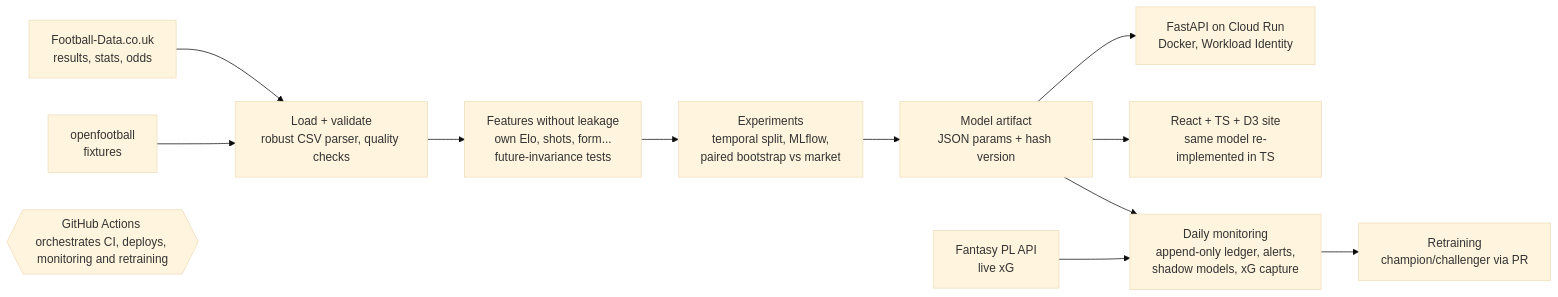
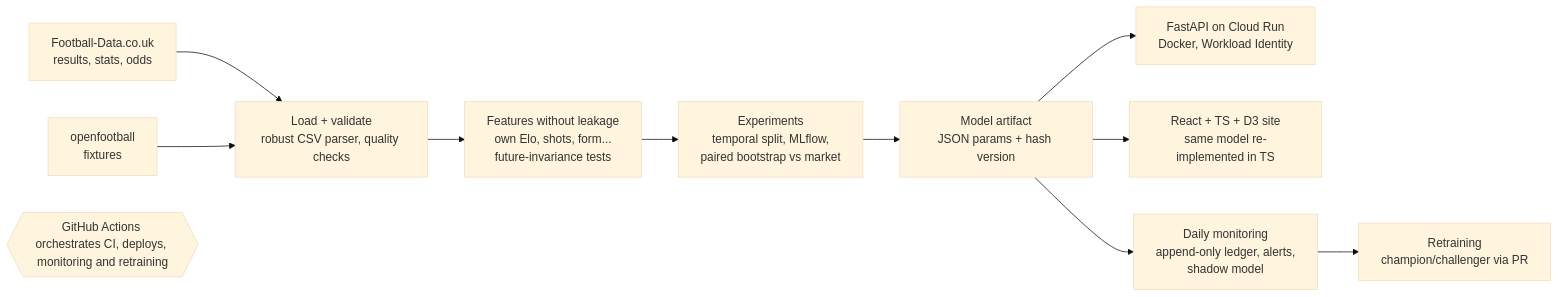
One commit to IgnacioGil23/futbol-predict changed the diagram in README.md. Above: the diagram before and after it, drawn with Mermaid (base theme). The commit also changed other lines of this file and 39 other files, not shown here.

````diff
--- a/README.md
+++ b/README.md
@@ -25,14 +25,13 @@
 ```mermaid
 flowchart LR
     FD[Football-Data.co.uk<br/>results, stats, odds] --> ETL[Load + validate<br/>robust CSV parser, quality checks]
     OF[openfootball<br/>fixtures] --> ETL
     ETL --> FE[Features without leakage<br/>own Elo, shots, form...<br/>future-invariance tests]
     FE --> EXP[Experiments<br/>temporal split, MLflow,<br/>paired bootstrap vs market]
     EXP --> ART[Model artifact<br/>JSON params + hash version]
     ART --> API[FastAPI on Cloud Run<br/>Docker, Workload Identity]
     ART --> WEB[React + TS + D3 site<br/>same model re-implemented in TS]
-    ART --> MON[Daily monitoring<br/>append-only ledger, alerts,<br/>shadow models, xG capture]
+    ART --> MON[Daily monitoring<br/>append-only ledger, alerts,<br/>shadow model]
     MON --> RT[Retraining<br/>champion/challenger via PR]
-    FPL[Fantasy PL API<br/>live xG] --> MON
     GHA{{GitHub Actions orchestrates CI, deploys, monitoring and retraining}}
 ```
````
